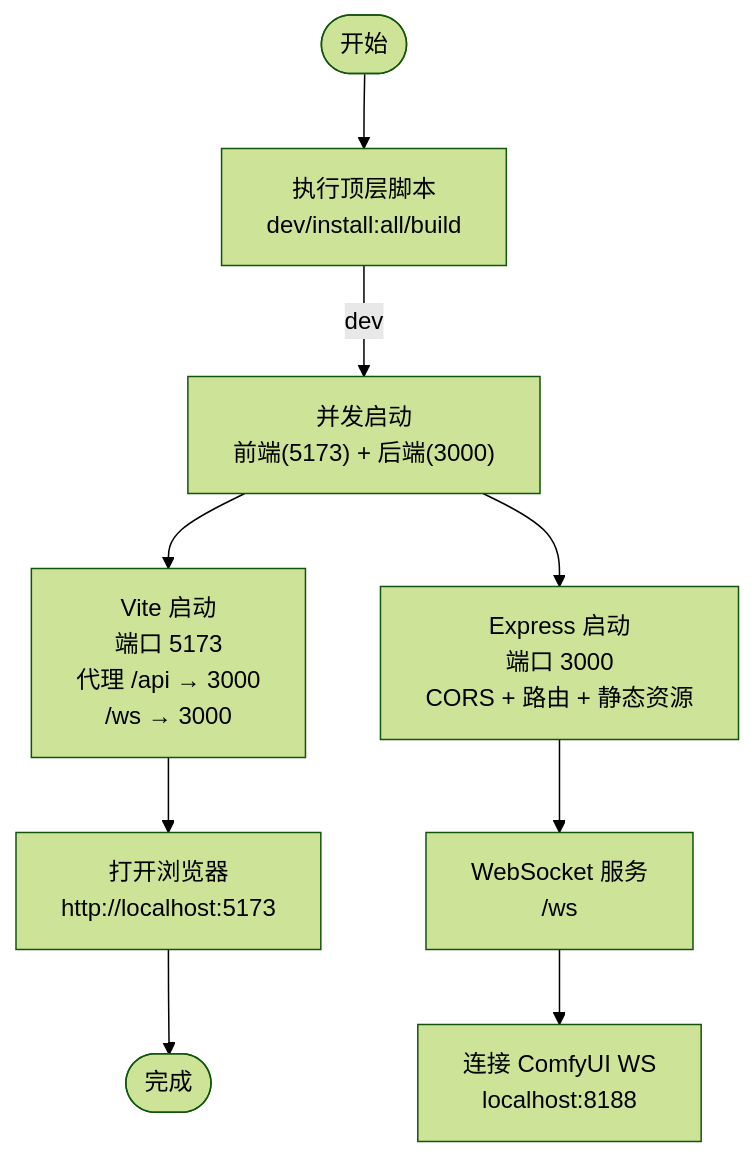
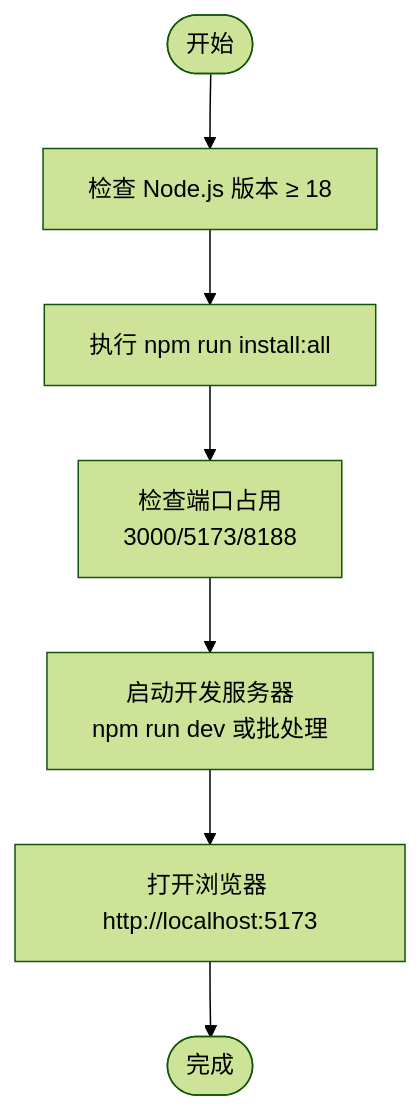
Before and after one commit to billye220670/CorineKit_Pix2Real: the third of 5 diagrams in .qoder/repowiki/zh/content/快速开始.md, drawn with Mermaid (forest theme). The commit also changed other lines of this file and 315 other files, not shown here.

````diff
--- a/.qoder/repowiki/zh/content/快速开始.md
+++ b/.qoder/repowiki/zh/content/快速开始.md
@@ -139,11 +143,9 @@
 ```mermaid
 flowchart TD
-Start(["开始"]) --> RootScripts["执行顶层脚本<br/>dev/install:all/build"]
-RootScripts --> |dev| Concur["并发启动<br/>前端(5173) + 后端(3000)"]
-Concur --> FE["Vite 启动<br/>端口 5173<br/>代理 /api → 3000<br/>/ws → 3000"]
-Concur --> BE["Express 启动<br/>端口 3000<br/>CORS + 路由 + 静态资源"]
-BE --> WSS["WebSocket 服务<br/>/ws"]
-WSS --> CUI["连接 ComfyUI WS<br/>localhost:8188"]
-FE --> Open["打开浏览器<br/>http://localhost:5173"]
-Open --> End(["完成"])
+Start(["开始"]) --> CheckNode["检查 Node.js 版本 ≥ 18"]
+CheckNode --> InstallAll["执行 npm run install:all"]
+InstallAll --> Ports["检查端口占用<br/>3000/5173/8188"]
+Ports --> StartDev["启动开发服务器<br/>npm run dev 或批处理"]
+StartDev --> OpenBrowser["打开浏览器 http://localhost:5173"]
+OpenBrowser --> End(["完成"])
 ```
````
